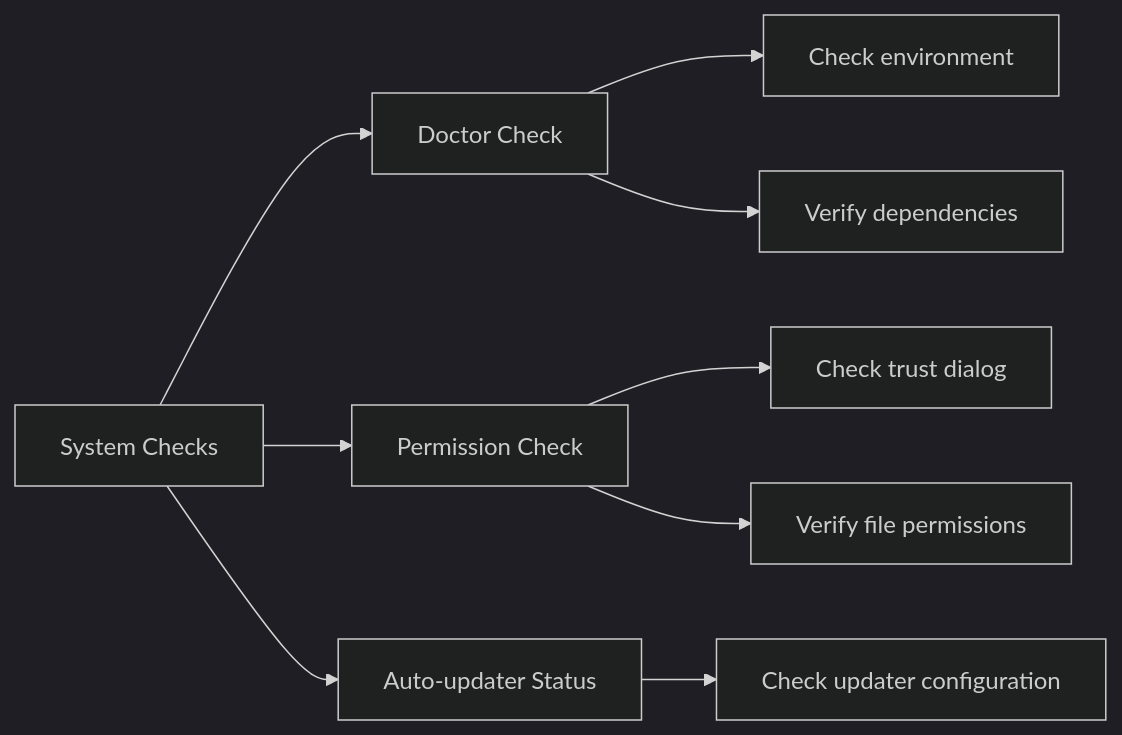
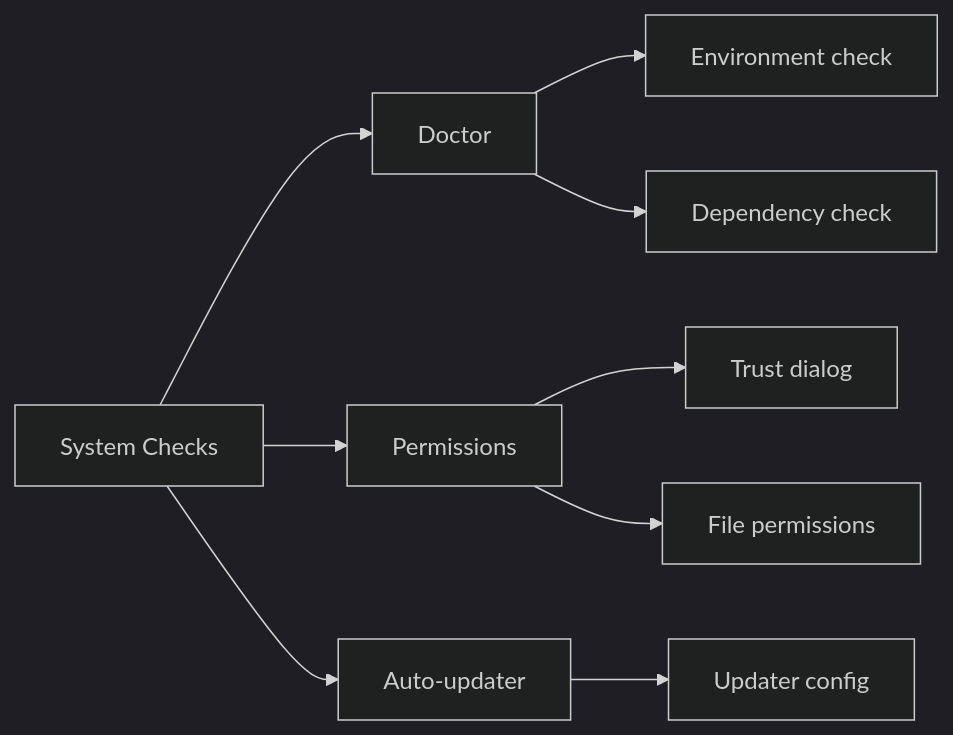
Before and after one commit to Szermer/QED: the third of 4 diagrams in src/initialization-process.md, drawn with Mermaid (dark theme). The commit also changed other lines of this file and 1 other file, not shown here.

First line of the commit message:
style: improve writing style in system prompts and initialization docs

````diff
--- a/src/initialization-process.md
+++ b/src/initialization-process.md
@@ -188,14 +179,14 @@
 ```mermaid
 flowchart LR
-    A[System Checks] --> B[Doctor Check]
-    A --> C[Permission Check]
-    A --> D[Auto-updater Status]
+    A[System Checks] --> B[Doctor]
+    A --> C[Permissions]
+    A --> D[Auto-updater]
     
-    B --> B1[Check environment]
-    B --> B2[Verify dependencies]
+    B --> B1[Environment check]
+    B --> B2[Dependency check]
     
-    C --> C1[Check trust dialog]
-    C --> C2[Verify file permissions]
+    C --> C1[Trust dialog]
+    C --> C2[File permissions]
     
-    D --> D1[Check updater configuration]
+    D --> D1[Updater config]
 ```
````
